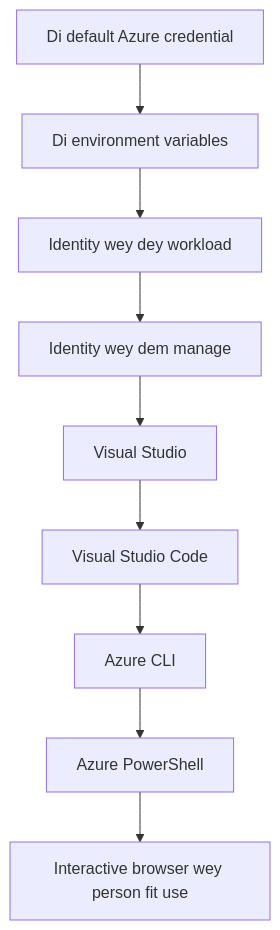
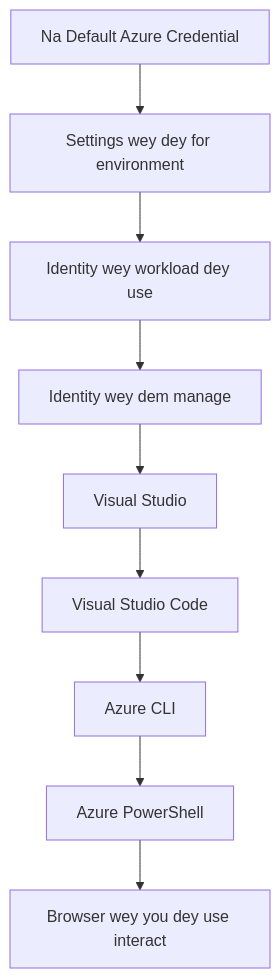
One commit to microsoft/AZD-for-beginners changed the second of 2 diagrams in translations/pcm/docs/chapter-01-foundation/azd-basics.md. Above: the diagram before and after it, drawn with Mermaid. The commit also changed other lines of this file and 104 other files, not shown here.

````diff
--- a/translations/pcm/docs/chapter-01-foundation/azd-basics.md
+++ b/translations/pcm/docs/chapter-01-foundation/azd-basics.md
@@ -593,11 +608,11 @@
 ```mermaid
 graph TD
-    A[Di default Azure credential] --> B[Di environment variables]
-    B --> C[Identity wey dey workload]
-    C --> D[Identity wey dem manage]
-    D --> E[Visual Studio]
-    E --> F[Visual Studio Code]
-    F --> G[Azure CLI]
-    G --> H[Azure PowerShell]
-    H --> I[Interactive browser wey person fit use]
+    A[Na Default Azure Credential] --> B[Settings wey dey for environment]
+    B[Settings wey dey for environment] --> C[Identity wey workload dey use]
+    C[Identity wey workload dey use] --> D[Identity wey dem manage]
+    D[Identity wey dem manage] --> E[Visual Studio]
+    E[Visual Studio] --> F[Visual Studio Code]
+    F[Visual Studio Code] --> G[Azure CLI]
+    G[Azure CLI] --> H[Azure PowerShell]
+    H[Azure PowerShell] --> I[Browser wey you dey use interact]
 ```
````
